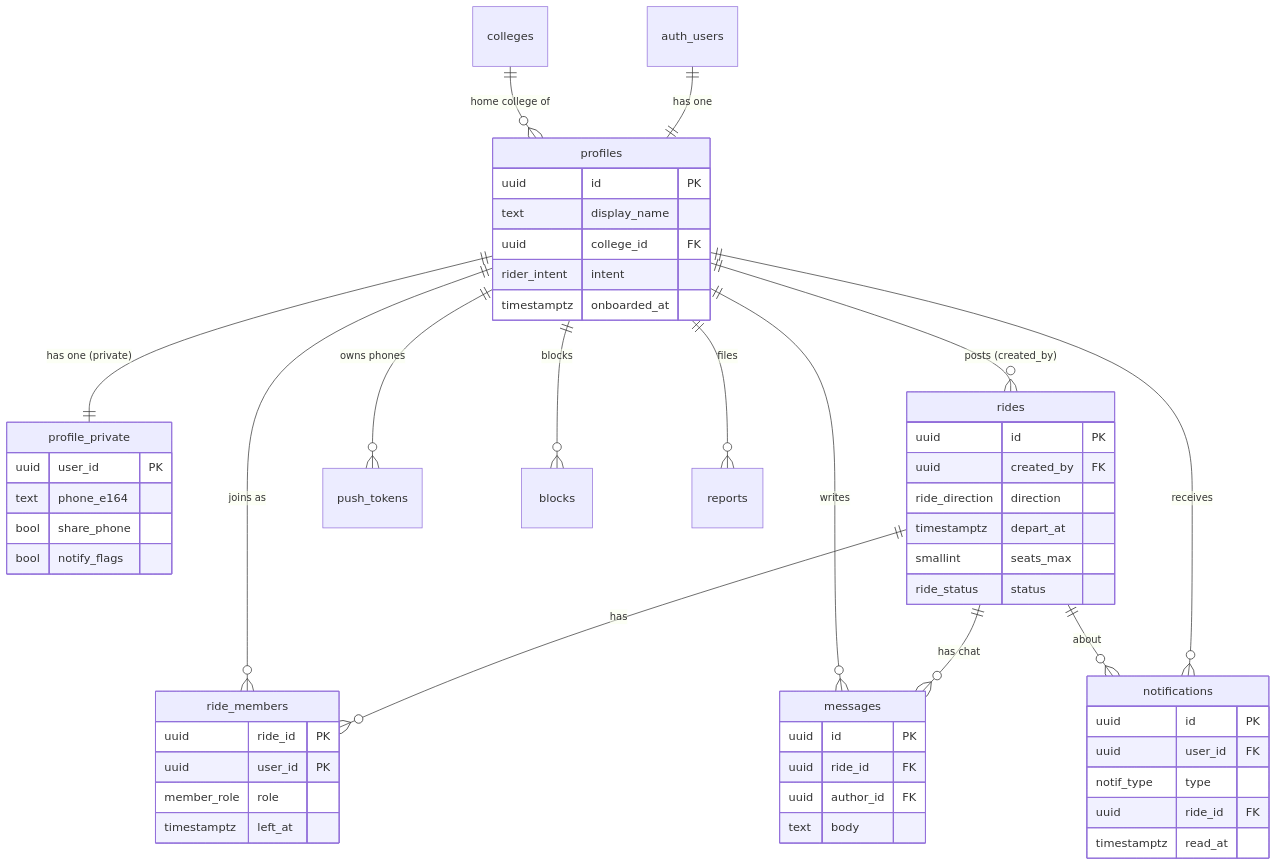
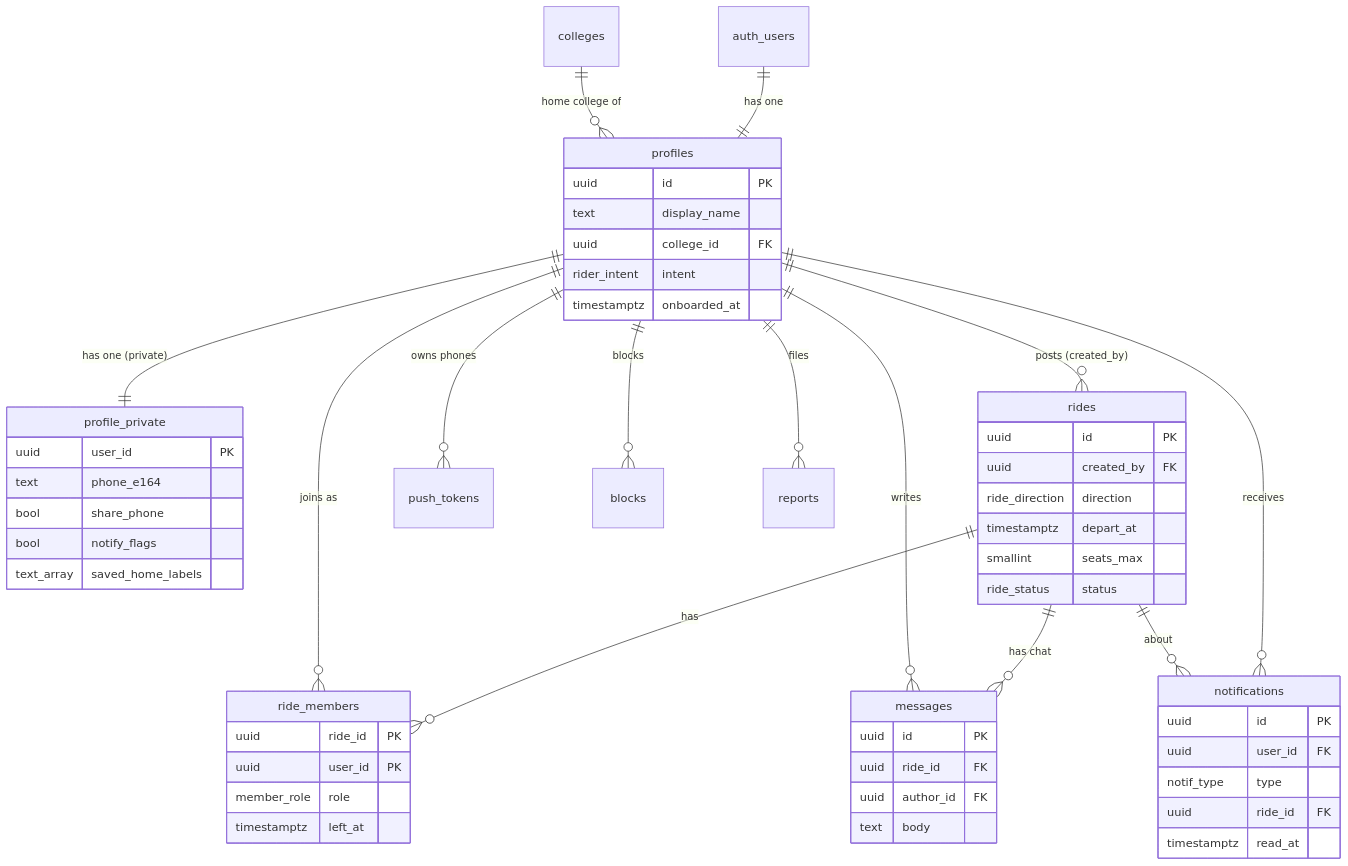
Before and after one commit to niharxka/flytag: the diagram in docs/SCHEMA.md, drawn with Mermaid. The commit also changed other lines of this file and 47 other files, not shown here.

````diff
--- a/docs/SCHEMA.md
+++ b/docs/SCHEMA.md
@@ -27,57 +31,58 @@
 ```mermaid
 erDiagram
     auth_users ||--|| profiles : "has one"
     profiles ||--|| profile_private : "has one (private)"
     colleges ||--o{ profiles : "home college of"
     profiles ||--o{ rides : "posts (created_by)"
     rides ||--o{ ride_members : "has"
     profiles ||--o{ ride_members : "joins as"
     rides ||--o{ messages : "has chat"
     profiles ||--o{ messages : "writes"
     profiles ||--o{ notifications : "receives"
     rides ||--o{ notifications : "about"
     profiles ||--o{ push_tokens : "owns phones"
     profiles ||--o{ blocks : "blocks"
     profiles ||--o{ reports : "files"
 
     profiles {
         uuid id PK
         text display_name
         uuid college_id FK
         rider_intent intent
         timestamptz onboarded_at
     }
     profile_private {
         uuid user_id PK
         text phone_e164
         bool share_phone
         bool notify_flags
+        text_array saved_home_labels
     }
     rides {
         uuid id PK
         uuid created_by FK
         ride_direction direction
         timestamptz depart_at
         smallint seats_max
         ride_status status
     }
     ride_members {
         uuid ride_id PK
         uuid user_id PK
         member_role role
         timestamptz left_at
     }
     messages {
         uuid id PK
         uuid ride_id FK
         uuid author_id FK
         text body
     }
     notifications {
         uuid id PK
         uuid user_id FK
         notif_type type
         uuid ride_id FK
         timestamptz read_at
     }
 ```
````
